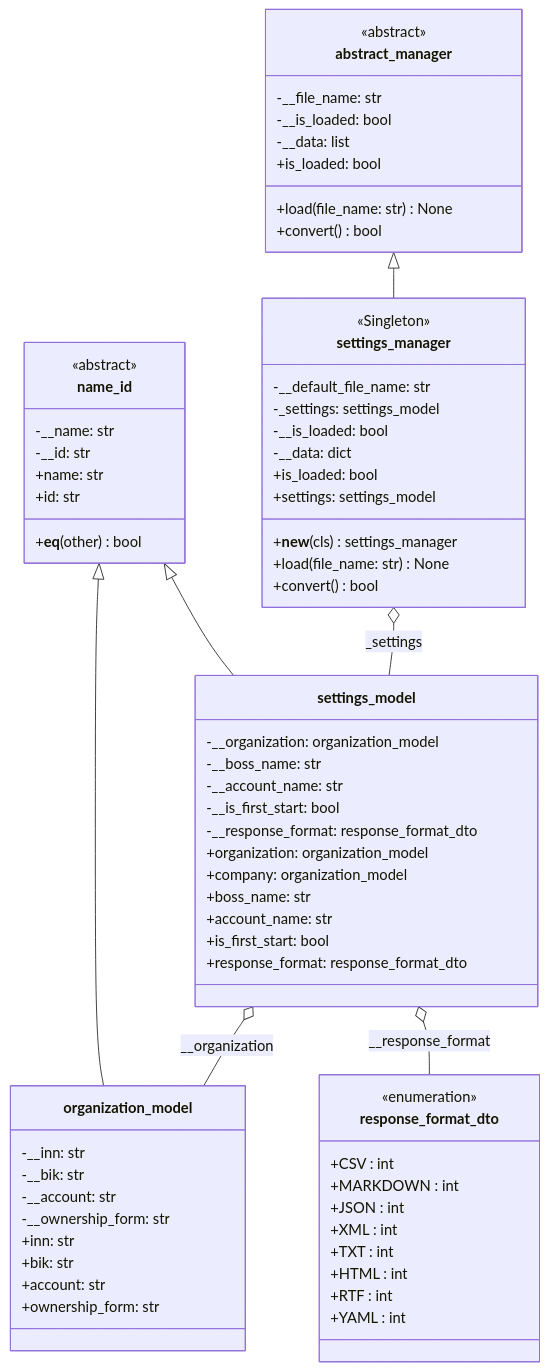
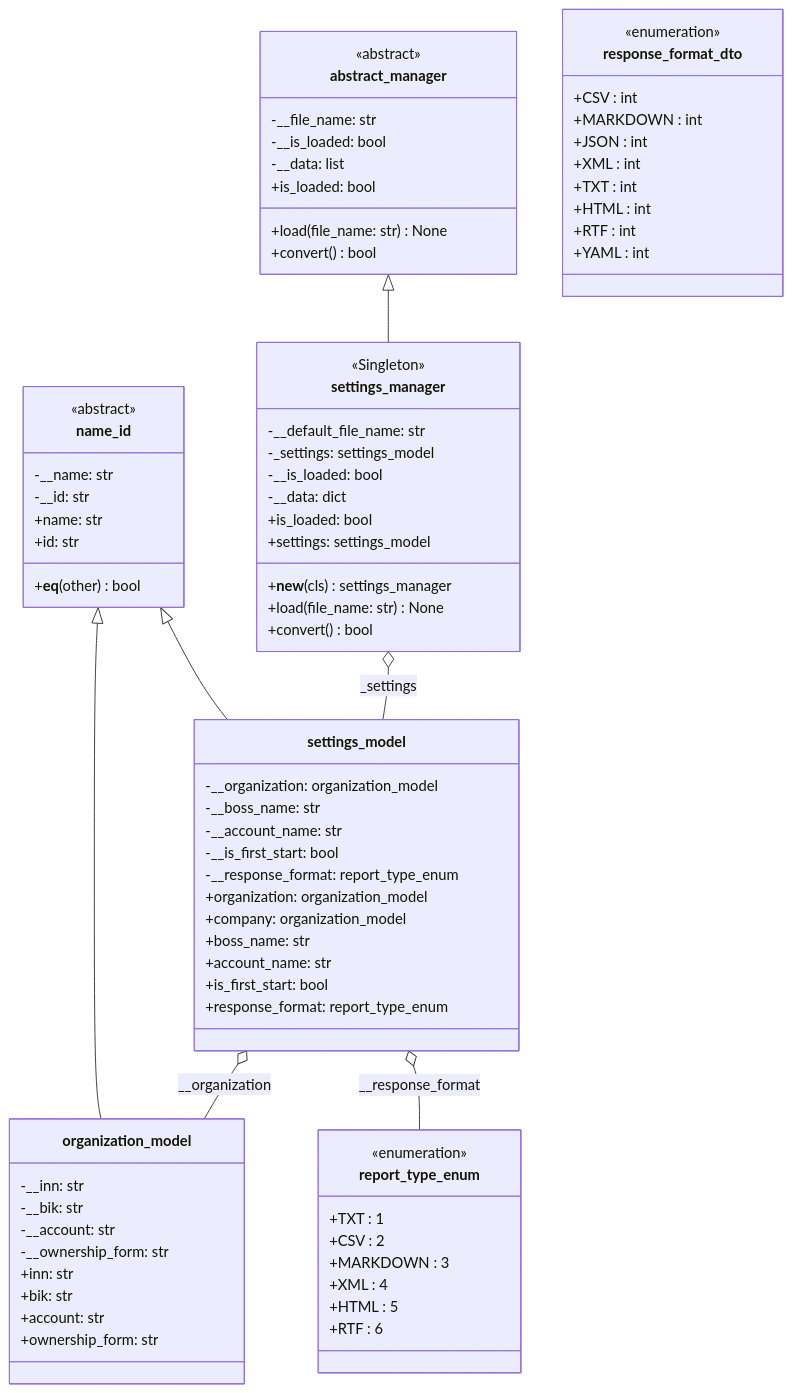
The diagram in Docs/SettingsManager.md (Turik06/Patterns_Suleymanov), drawn with Mermaid before and after one commit. The commit also changed 8 other files, not shown here.

Commit message:
add use case, sequence and object tree diagrams with documentation updates

````diff
--- a/Docs/SettingsManager.md
+++ b/Docs/SettingsManager.md
@@ -32,13 +32,23 @@
         -__boss_name: str
         -__account_name: str
         -__is_first_start: bool
-        -__response_format: response_format_dto
+        -__response_format: report_type_enum
         +organization: organization_model
         +company: organization_model
         +boss_name: str
         +account_name: str
         +is_first_start: bool
-        +response_format: response_format_dto
+        +response_format: report_type_enum
+    }
+
+    class report_type_enum {
+        <<enumeration>>
+        +TXT : 1
+        +CSV : 2
+        +MARKDOWN : 3
+        +XML : 4
+        +HTML : 5
+        +RTF : 6
     }
 
     class response_format_dto {
@@ -79,5 +89,5 @@
 
     settings_manager o-- settings_model : _settings
     settings_model o-- organization_model : __organization
-    settings_model o-- response_format_dto : __response_format
+    settings_model o-- report_type_enum : __response_format
 ```
````
